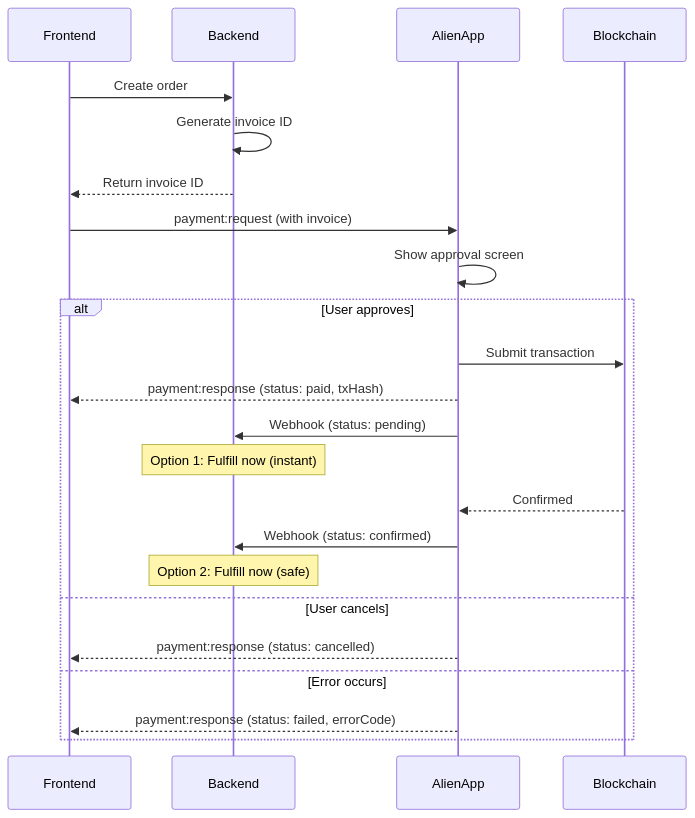
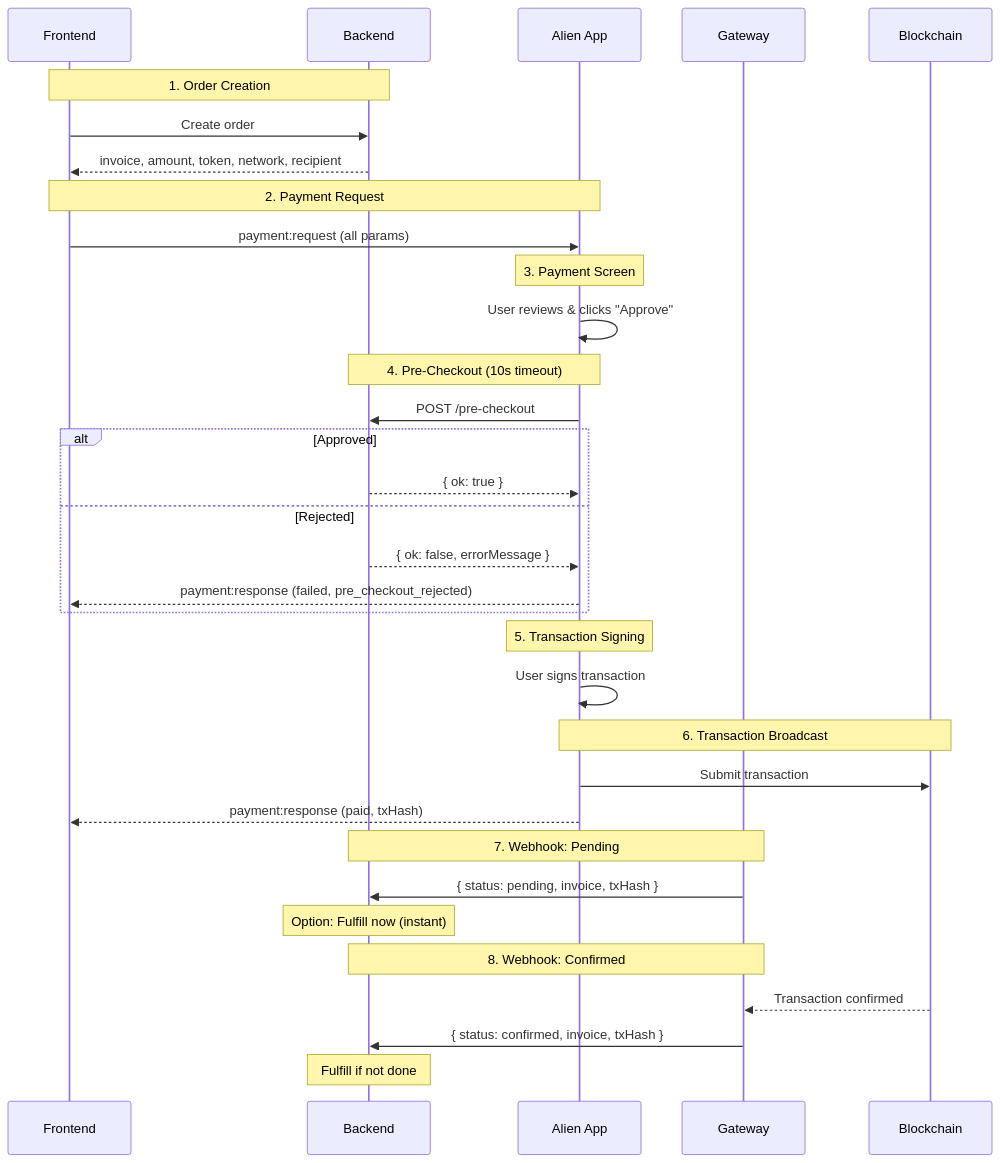
One commit to alien-id/miniapp-sdk changed the diagram in docs/payments.md. Above: the diagram before and after it, drawn with Mermaid. The commit also changed other lines of this file and 3 other files, not shown here.

Commit message:
docs: :memo: enhance payment documentation with pre-checkout and webhook details

````diff
--- a/docs/payments.md
+++ b/docs/payments.md
@@ -23,28 +7,43 @@
 ```mermaid
 sequenceDiagram
-    participant Frontend
-    participant Backend
-    participant AlienApp
-    participant Blockchain
+    participant F as Frontend
+    participant B as Backend
+    participant A as Alien App
+    participant G as Gateway
+    participant BC as Blockchain
 
-    Frontend->>Backend: Create order
-    Backend->>Backend: Generate invoice ID
-    Backend-->>Frontend: Return invoice ID
+    Note over F,B: 1. Order Creation
+    F->>B: Create order
+    B-->>F: invoice, amount, token, network, recipient
 
-    Frontend->>AlienApp: payment:request (with invoice)
-    AlienApp->>AlienApp: Show approval screen
+    Note over F,A: 2. Payment Request
+    F->>A: payment:request (all params)
 
-    alt User approves
-        AlienApp->>Blockchain: Submit transaction
-        AlienApp-->>Frontend: payment:response (status: paid, txHash)
-        AlienApp->>Backend: Webhook (status: pending)
-        Note over Backend: Option 1: Fulfill now (instant)
-        Blockchain-->>AlienApp: Confirmed
-        AlienApp->>Backend: Webhook (status: confirmed)
-        Note over Backend: Option 2: Fulfill now (safe)
-    else User cancels
-        AlienApp-->>Frontend: payment:response (status: cancelled)
-    else Error occurs
-        AlienApp-->>Frontend: payment:response (status: failed, errorCode)
+    Note over A: 3. Payment Screen
+    A->>A: User reviews & clicks "Approve"
+
+    Note over A,B: 4. Pre-Checkout (10s timeout)
+    A->>B: POST /pre-checkout
+    alt Approved
+        B-->>A: { ok: true }
+    else Rejected
+        B-->>A: { ok: false, errorMessage }
+        A-->>F: payment:response (failed, pre_checkout_rejected)
     end
+
+    Note over A: 5. Transaction Signing
+    A->>A: User signs transaction
+
+    Note over A,BC: 6. Transaction Broadcast
+    A->>BC: Submit transaction
+    A-->>F: payment:response (paid, txHash)
+
+    Note over G,B: 7. Webhook: Pending
+    G->>B: { status: pending, invoice, txHash }
+    Note over B: Option: Fulfill now (instant)
+
+    Note over G,B: 8. Webhook: Confirmed
+    BC-->>G: Transaction confirmed
+    G->>B: { status: confirmed, invoice, txHash }
+    Note over B: Fulfill if not done
 ```
````
